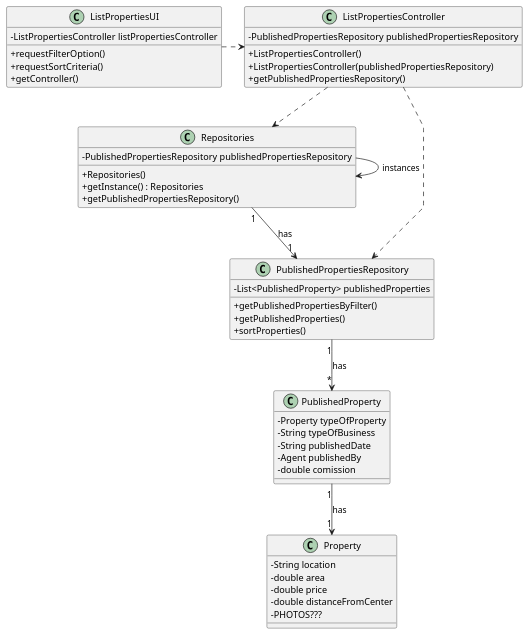
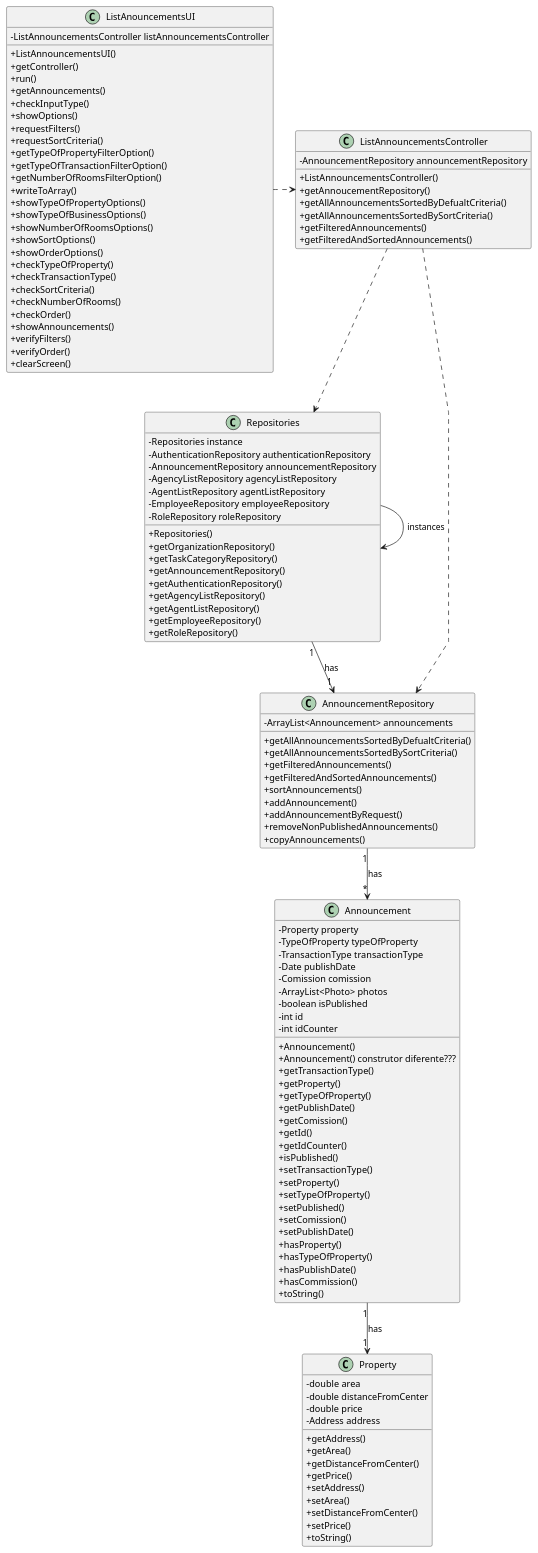
Before and after one commit to Goncalves2525/real-estate-management-system: the diagram in docs/sprintB/us001/03.design/puml/us001-class-diagram.puml, drawn with PlantUML. The commit also changed 7 other files, not shown here.

Commit message:
Made adjustments to US1 SSD, SD and class diagram

```diff
--- a/docs/sprintB/us001/03.design/puml/us001-class-diagram.puml
+++ b/docs/sprintB/us001/03.design/puml/us001-class-diagram.puml
@@ -1,72 +1,152 @@
 @startuml
 'skinparam monochrome true
 skinparam packageStyle rectangle
 skinparam shadowing false
 skinparam linetype polyline
 'skinparam linetype orto
 
 skinparam classAttributeIconSize 0
 
 'left to right directio
 class Property{
-    - String location
     - double area
+    - double distanceFromCenter
     - double price
-    - double distanceFromCenter
-    - PHOTOS???
+    - Address address
+    + getAddress()
+    + getArea()
+    + getDistanceFromCenter()
+    + getPrice()
+    + setAddress()
+    + setArea()
+    + setDistanceFromCenter()
+    + setPrice()
+    + toString()
 }
 
-class PublishedProperty {
-    - Property typeOfProperty
-    - String typeOfBusiness
-    - String publishedDate
-    - Agent publishedBy
-    - double comission
+class Announcement {
+    - Property property
+    - TypeOfProperty typeOfProperty
+    - TransactionType transactionType
+    - Date publishDate
+    - Comission comission
+    - ArrayList<Photo> photos
+    - boolean isPublished
+    - int id
+    - int idCounter
+    + Announcement()
+    + Announcement() construtor diferente???
+    + getTransactionType()
+    + getProperty()
+    + getTypeOfProperty()
+    + getPublishDate()
+    + getComission()
+    + getId()
+    + getIdCounter()
+    + isPublished()
+    + setTransactionType()
+    + setProperty()
+    + setTypeOfProperty()
+    + setPublished()
+    + setComission()
+    + setPublishDate()
+    + hasProperty()
+    + hasTypeOfProperty()
+    + hasPublishDate()
+    + hasCommission()
+    +toString()
+
+
 }
 
-class PublishedPropertiesRepository {
-    - List<PublishedProperty> publishedProperties
-    + getPublishedPropertiesByFilter()
-    + getPublishedProperties()
-    + sortProperties()
+class AnnouncementRepository {
+    - ArrayList<Announcement> announcements
+    +getAllAnnouncementsSortedByDefualtCriteria()
+    +getAllAnnouncementsSortedBySortCriteria()
+    +getFilteredAnnouncements()
+    +getFilteredAndSortedAnnouncements()
+    +sortAnnouncements()
+    +addAnnouncement()
+    +addAnnouncementByRequest()
+    +removeNonPublishedAnnouncements()
+    +copyAnnouncements()
 }
 
-
 class Repositories {
-    - PublishedPropertiesRepository publishedPropertiesRepository
-    + Repositories()
-    + getInstance() : Repositories
-    + getPublishedPropertiesRepository()
+    - Repositories instance
+    - AuthenticationRepository authenticationRepository
+    - AnnouncementRepository announcementRepository
+    - AgencyListRepository agencyListRepository
+    - AgentListRepository agentListRepository
+    - EmployeeRepository employeeRepository
+    - RoleRepository roleRepository
+    +Repositories()
+    +getOrganizationRepository()
+    +getTaskCategoryRepository()
+    +getAnnouncementRepository()
+    +getAuthenticationRepository()
+    +getAgencyListRepository()
+    +getAgentListRepository()
+    +getEmployeeRepository()
+    +getRoleRepository()
 }
 
-class ListPropertiesController {
-    - PublishedPropertiesRepository publishedPropertiesRepository
-    + ListPropertiesController()
-    + ListPropertiesController(publishedPropertiesRepository)
-    + getPublishedPropertiesRepository()
+class ListAnnouncementsController {
+    - AnnouncementRepository announcementRepository
+    +ListAnnouncementsController()
+    +getAnnoucementRepository()
+    +getAllAnnouncementsSortedByDefualtCriteria()
+    +getAllAnnouncementsSortedBySortCriteria()
+    +getFilteredAnnouncements()
+    +getFilteredAndSortedAnnouncements()
 }
 
-class ListPropertiesUI {
--ListPropertiesController listPropertiesController
-+requestFilterOption()
+class ListAnouncementsUI {
+-ListAnnouncementsController listAnnouncementsController
++ListAnnouncementsUI()
++getController()
++run()
++getAnnouncements()
++checkInputType()
++showOptions()
++requestFilters()
 +requestSortCriteria()
-+getController()
++getTypeOfPropertyFilterOption()
++getTypeOfTransactionFilterOption()
++getNumberOfRoomsFilterOption()
++writeToArray()
++showTypeOfPropertyOptions()
++showTypeOfBusinessOptions()
++showNumberOfRoomsOptions()
++showSortOptions()
++showOrderOptions()
++checkTypeOfProperty()
++checkTransactionType()
++checkSortCriteria()
++checkNumberOfRooms()
++checkOrder()
++showAnnouncements()
++verifyFilters()
++verifyOrder()
++clearScreen()
+
+
 
 }
 
 Repositories -> Repositories : instances
 
-ListPropertiesUI .> ListPropertiesController
+ListAnouncementsUI .> ListAnnouncementsController
 
-ListPropertiesController ..> Repositories
+ListAnnouncementsController ..> Repositories
 
-Repositories "1" --> "1" PublishedPropertiesRepository : has
+Repositories "1" --> "1" AnnouncementRepository : has
 
-ListPropertiesController ..> PublishedPropertiesRepository
+ListAnnouncementsController ..> AnnouncementRepository
 
-PublishedPropertiesRepository "1" --> "*" PublishedProperty : has
+AnnouncementRepository "1" --> "*" Announcement : has
 
-PublishedProperty "1" --> "1" Property : has
+Announcement "1" --> "1" Property : has
 
 
 @enduml
```
